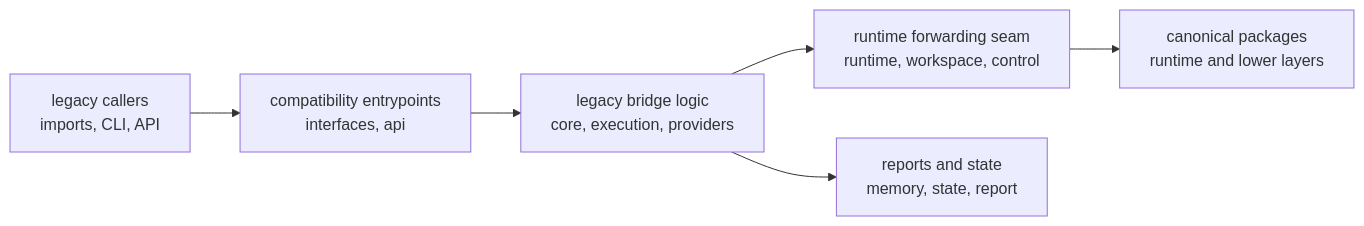
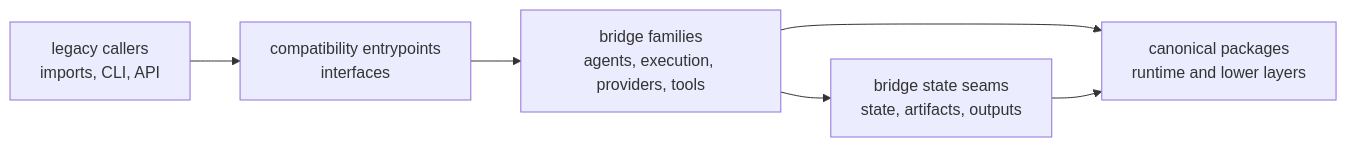
One commit to bijux/bijux-proteomics changed the diagram in docs/02-agentic-proteins/architecture/index.md. Above: the diagram before and after it, drawn with Mermaid. The commit also changed other lines of this file and 42 other files, not shown here.

````diff
--- a/docs/02-agentic-proteins/architecture/index.md
+++ b/docs/02-agentic-proteins/architecture/index.md
@@ -17,15 +17,14 @@
 ```mermaid
 flowchart LR
     legacy["legacy callers<br/>imports, CLI, API"]
-    interfaces["compatibility entrypoints<br/>interfaces, api"]
-    bridge["legacy bridge logic<br/>core, execution, providers"]
-    runtime["runtime forwarding seam<br/>runtime, workspace, control"]
+    interfaces["compatibility entrypoints<br/>interfaces"]
+    bridge["bridge families<br/>agents, execution, providers, tools"]
+    state["bridge state seams<br/>state, artifacts, outputs"]
     canonical["canonical packages<br/>runtime and lower layers"]
-    artifacts["reports and state<br/>memory, state, report"]
 
     legacy --> interfaces
     interfaces --> bridge
-    bridge --> runtime
-    bridge --> artifacts
-    runtime --> canonical
+    bridge --> state
+    bridge --> canonical
+    state --> canonical
 ```
````
